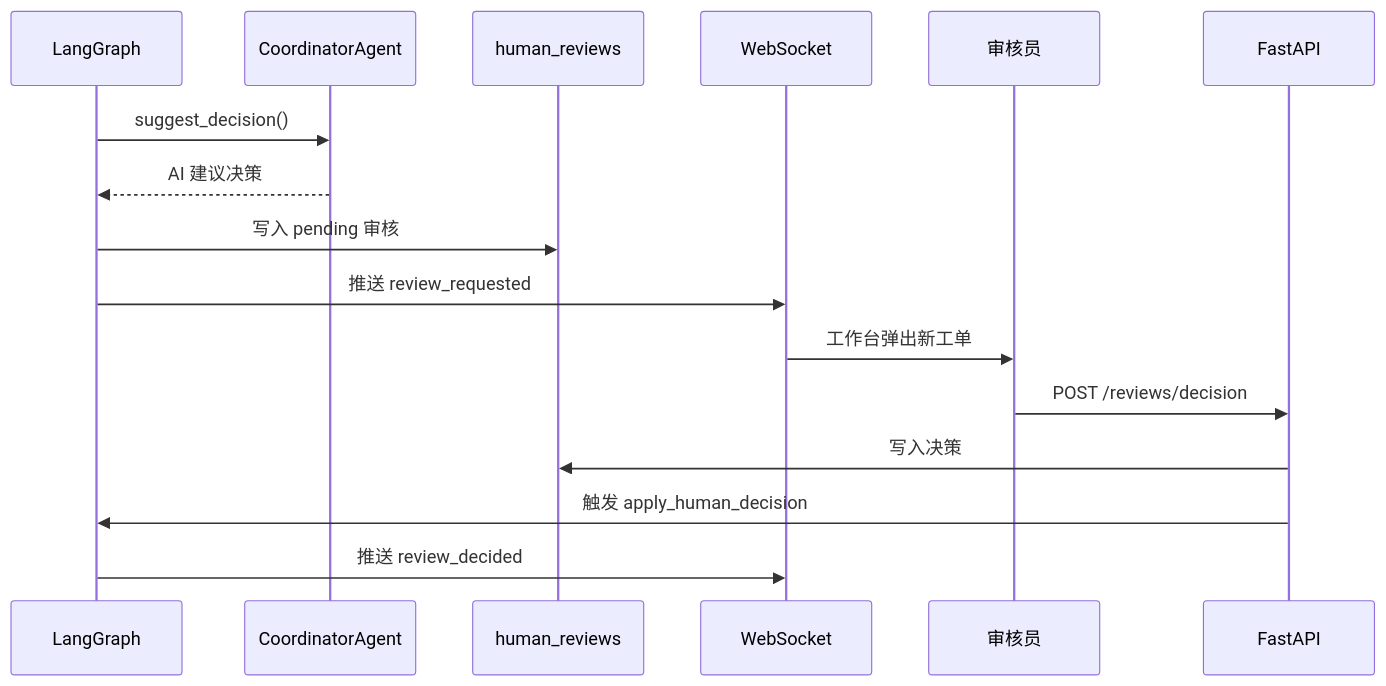
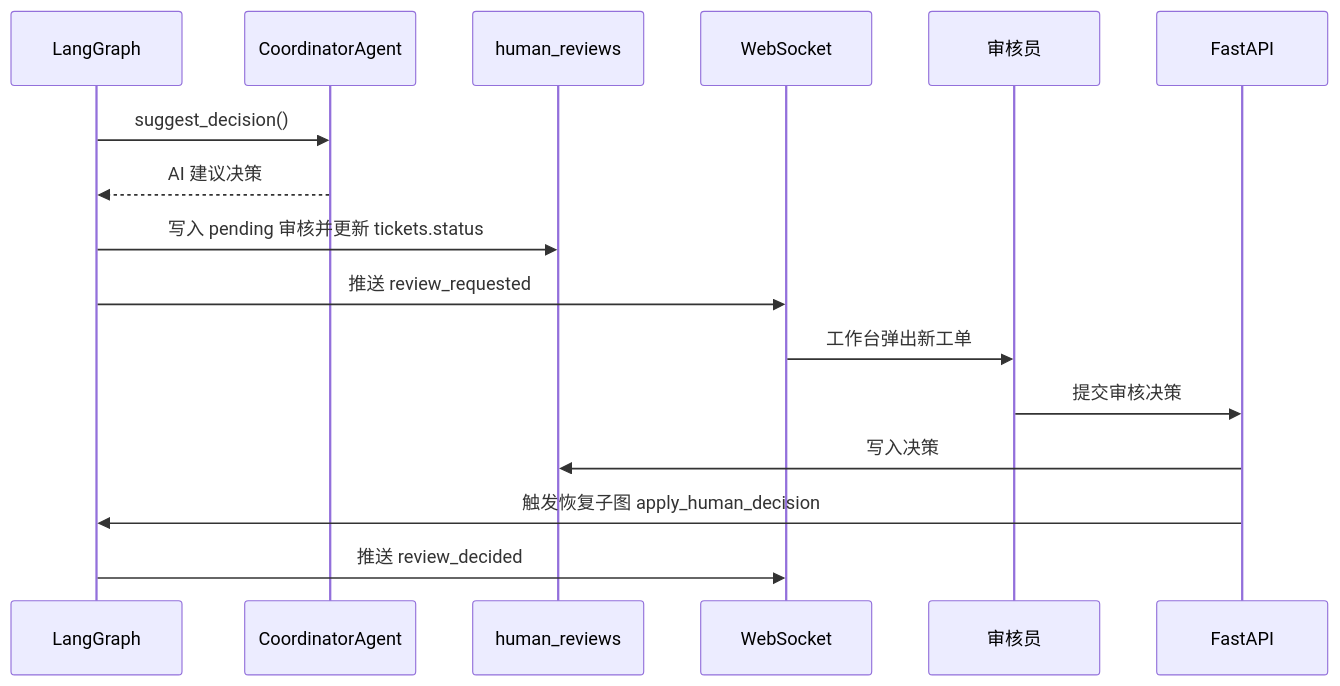
The second of 2 diagrams in docs/design-spec/01_正式设计/01_多智能体协同架构.md (ArtLjn/AgentDesk), drawn with Mermaid before and after one commit. The commit also changed other lines of this file and 23 other files, not shown here.

````diff
--- a/docs/design-spec/01_正式设计/01_多智能体协同架构.md
+++ b/docs/design-spec/01_正式设计/01_多智能体协同架构.md
@@ -78,19 +84,19 @@
 ```mermaid
 sequenceDiagram
     participant G as LangGraph
     participant S as CoordinatorAgent
     participant DB as human_reviews
     participant WS as WebSocket
     participant H as 审核员
     participant API as FastAPI
 
     G->>S: suggest_decision()
     S-->>G: AI 建议决策
-    G->>DB: 写入 pending 审核
+    G->>DB: 写入 pending 审核并更新 tickets.status
     G->>WS: 推送 review_requested
     WS->>H: 工作台弹出新工单
-    H->>API: POST /reviews/decision
+    H->>API: 提交审核决策
     API->>DB: 写入决策
-    API->>G: 触发 apply_human_decision
+    API->>G: 触发恢复子图 apply_human_decision
     G->>WS: 推送 review_decided
 ```
````
